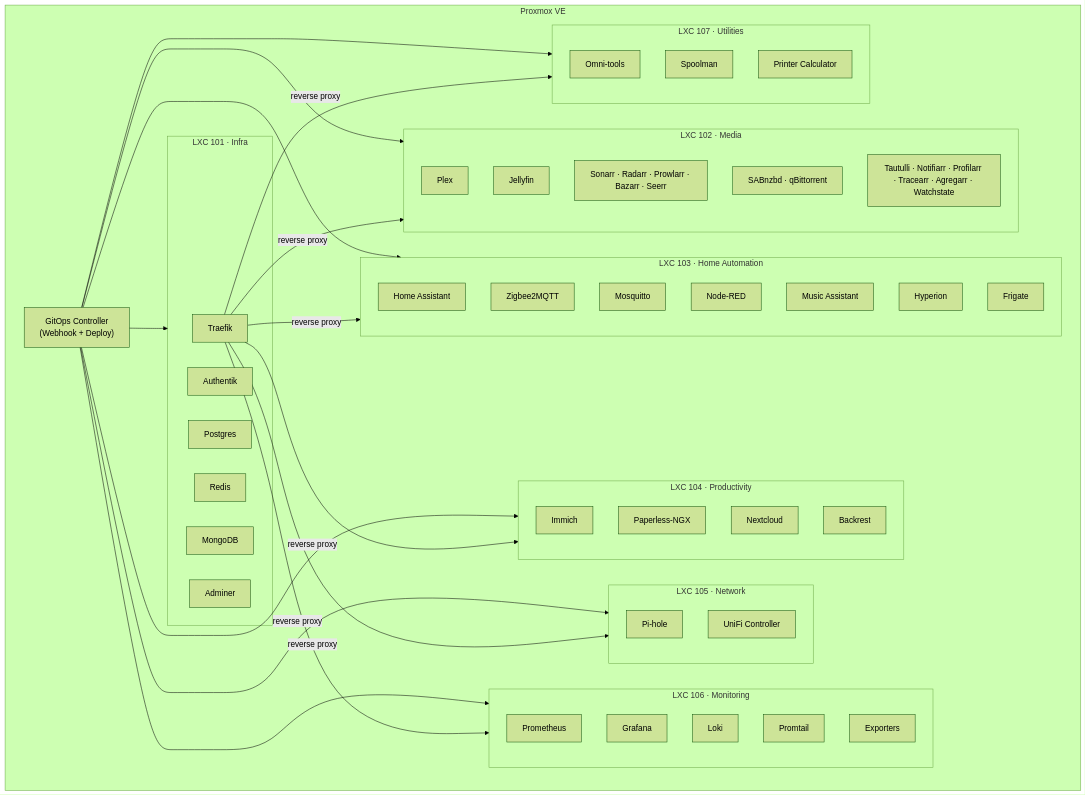
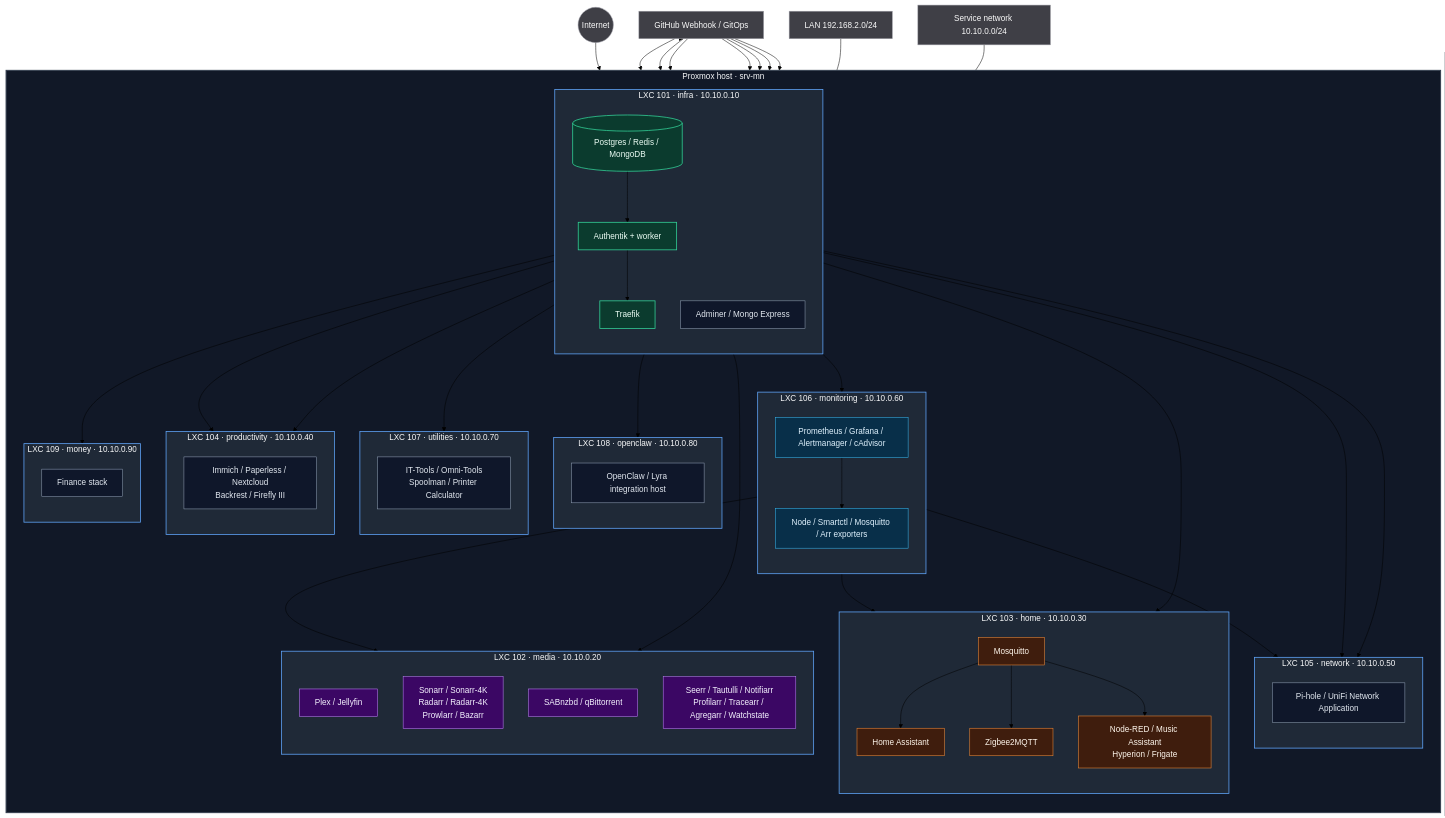
Before and after one commit to makreeltje/meelsnet-server: the diagram in README.md, drawn with Mermaid (forest theme). The commit also changed other lines of this file, not shown here.

Commit message:
Document actual LXC topology in README

````diff
--- a/README.md
+++ b/README.md
@@ -7,78 +9,111 @@
 ```mermaid
-graph TD
-  %% Infra op Proxmox
-  subgraph Proxmox[Proxmox VE]
-    direction LR
+flowchart TB
+  classDef prox fill:#111827,stroke:#374151,color:#f9fafb,stroke-width:2px
+  classDef lxc fill:#1f2937,stroke:#60a5fa,color:#f9fafb,stroke-width:1.5px
+  classDef svc fill:#0f172a,stroke:#94a3b8,color:#e2e8f0
+  classDef core fill:#0b3b2e,stroke:#34d399,color:#ecfdf5,stroke-width:1.5px
+  classDef media fill:#3b0764,stroke:#c084fc,color:#f5f3ff
+  classDef home fill:#3f1d0d,stroke:#fb923c,color:#fff7ed
+  classDef monitor fill:#082f49,stroke:#38bdf8,color:#e0f2fe
+  classDef aux fill:#3f3f46,stroke:#a1a1aa,color:#fafafa
 
-    subgraph LXC101[LXC 101 · Infra]
-      T[Traefik]
-      A[Authentik]
-      PG[Postgres]
-      R[Redis]
-      M[MongoDB]
-      D[Adminer]
+  Internet((Internet)):::aux
+  GH[GitHub Webhook / GitOps]:::aux
+  LAN[LAN 192.168.2.0/24]:::aux
+  SVCNET[Service network 10.10.0.0/24]:::aux
+
+  subgraph PVE[Proxmox host · srv-mn]
+    direction TB
+
+    subgraph CT101[LXC 101 · infra · 10.10.0.10]
+      direction TB
+      T[Traefik]:::core
+      AK[Authentik + worker]:::core
+      DB[(Postgres / Redis / MongoDB)]:::core
+      ADM[Adminer / Mongo Express]:::svc
     end
 
-    subgraph LXC102[LXC 102 · Media]
-      Plex[Plex]
-      J[Jellyfin]
-      Arr[Sonarr · Radarr · Prowlarr · Bazarr · Seerr]
-      DL[SABnzbd · qBittorrent]
-      Extras[Tautulli · Notifiarr · Profilarr · Tracearr · Agregarr · Watchstate]
+    subgraph CT102[LXC 102 · media · 10.10.0.20]
+      direction TB
+      PLEX[Plex / Jellyfin]:::media
+      ARR[Sonarr / Sonarr-4K<br/>Radarr / Radarr-4K<br/>Prowlarr / Bazarr]:::media
+      DL[SABnzbd / qBittorrent]:::media
+      MISC[Seerr / Tautulli / Notifiarr<br/>Profilarr / Tracearr / Agregarr / Watchstate]:::media
     end
 
-    subgraph LXC103[LXC 103 · Home Automation]
-      HA[Home Assistant]
-      Z2M[Zigbee2MQTT]
-      MQ[Mosquitto]
-      NR[Node-RED]
-      MA[Music Assistant]
-      HYP[Hyperion]
-      FR[Frigate]
+    subgraph CT103[LXC 103 · home · 10.10.0.30]
+      direction TB
+      HA[Home Assistant]:::home
+      MQTT[Mosquitto]:::home
+      ZB[Zigbee2MQTT]:::home
+      AUTO[Node-RED / Music Assistant<br/>Hyperion / Frigate]:::home
     end
 
-    subgraph LXC104[LXC 104 · Productivity]
-      IM[Immich]
-      PL[Paperless-NGX]
-      NC[Nextcloud]
-      BR[Backrest]
+    subgraph CT104[LXC 104 · productivity · 10.10.0.40]
+      direction TB
+      PROD[Immich / Paperless / Nextcloud<br/>Backrest / Firefly III]:::svc
     end
 
-    subgraph LXC105[LXC 105 · Network]
-      PH[Pi-hole]
-      UF[UniFi Controller]
+    subgraph CT105[LXC 105 · network · 10.10.0.50]
+      direction TB
+      NET[Pi-hole / UniFi Network Application]:::svc
     end
 
-    subgraph LXC106[LXC 106 · Monitoring]
-      PR[Prometheus]
-      GR[Grafana]
-      LK[Loki]
-      PT[Promtail]
-      EX[Exporters]
+    subgraph CT106[LXC 106 · monitoring · 10.10.0.60]
+      direction TB
+      MON[Prometheus / Grafana / Alertmanager / cAdvisor]:::monitor
+      EXP[Node / Smartctl / Mosquitto / Arr exporters]:::monitor
     end
 
-    subgraph LXC107[LXC 107 · Utilities]
-      OT[Omni-tools]
-      SP[Spoolman]
-      PC[Printer Calculator]
+    subgraph CT107[LXC 107 · utilities · 10.10.0.70]
+      direction TB
+      UTL[IT-Tools / Omni-Tools<br/>Spoolman / Printer Calculator]:::svc
     end
 
-    GIT["GitOps Controller<br/>(Webhook + Deploy)"]
+    subgraph CT108[LXC 108 · openclaw · 10.10.0.80]
+      direction TB
+      OC[OpenClaw / Lyra integration host]:::svc
+    end
+
+    subgraph CT109[LXC 109 · money · 10.10.0.90]
+      direction TB
+      MONEY[Finance stack]:::svc
+    end
   end
 
-  %% Sturing / Routing
-  GIT --> LXC101
-  GIT --> LXC102
-  GIT --> LXC103
-  GIT --> LXC104
-  GIT --> LXC105
-  GIT --> LXC106
-  GIT --> LXC107
+  Internet --> T
+  GH --> T
+  GH --> CT101
+  GH --> CT102
+  GH --> CT103
+  GH --> CT104
+  GH --> CT105
+  GH --> CT106
+  GH --> CT107
+  LAN --- PVE
+  SVCNET --- PVE
 
-  T -- reverse proxy --> LXC102
-  T -- reverse proxy --> LXC103
-  T -- reverse proxy --> LXC104
-  T -- reverse proxy --> LXC105
-  T -- reverse proxy --> LXC106
-  T -- reverse proxy --> LXC107
+  T --> CT102
+  T --> CT103
+  T --> CT104
+  T --> CT105
+  T --> CT106
+  T --> CT107
+  T --> CT108
+  T --> CT109
+
+  AK --> T
+  DB --> AK
+  DB --> CT104
+  DB --> CT105
+  MQTT --> ZB
+  MQTT --> HA
+  MQTT --> AUTO
+  MON --> EXP
+  EXP --> CT102
+  EXP --> CT103
+  EXP --> CT105
+
+  class PVE prox
+  class CT101,CT102,CT103,CT104,CT105,CT106,CT107,CT108,CT109 lxc
 ```
````
